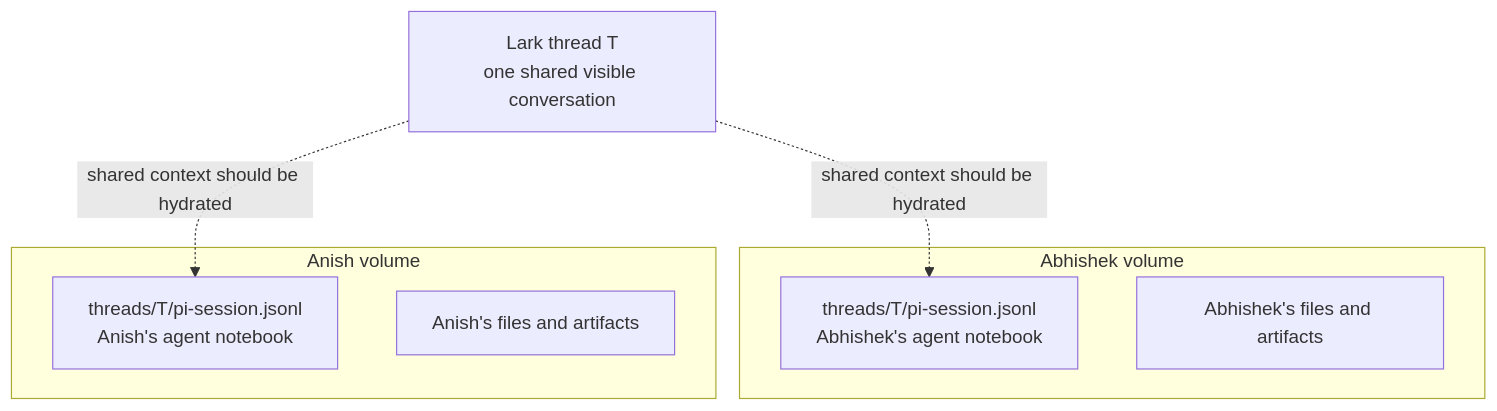
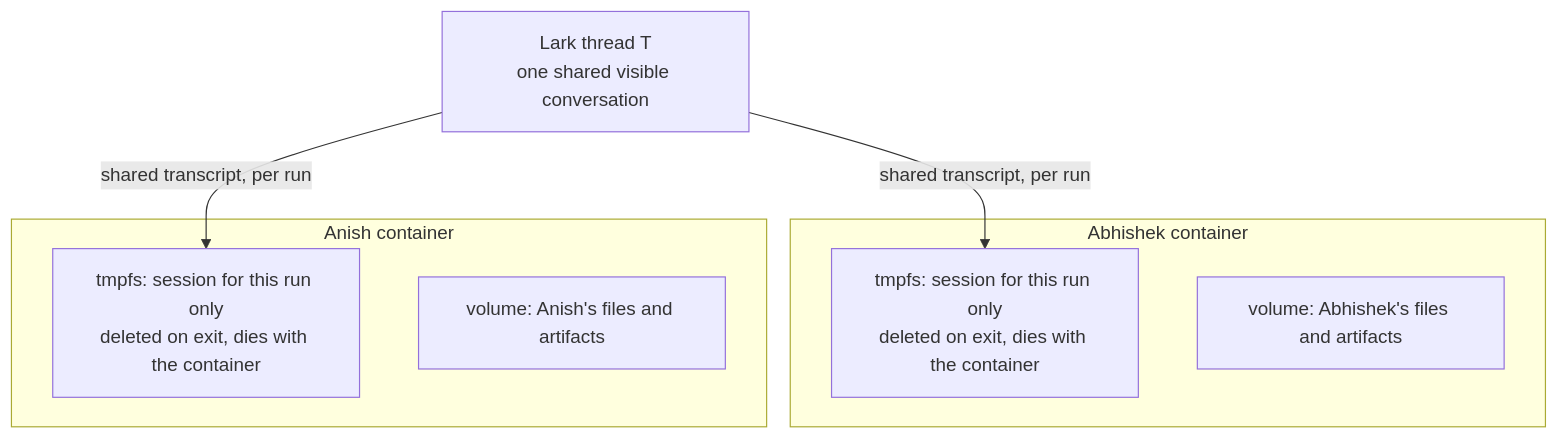
The third of 4 diagrams in plans/cloud-pi-context-and-warm-containers.md (relicwavetechnologies/zoho-automation), drawn with Mermaid before and after one commit. The commit also changed other lines of this file and 15 other files, not shown here.

````diff
--- a/plans/cloud-pi-context-and-warm-containers.md
+++ b/plans/cloud-pi-context-and-warm-containers.md
@@ -100,17 +100,17 @@
 ```mermaid
 flowchart TB
     T["Lark thread T<br/>one shared visible conversation"]
 
-    subgraph AV["Abhishek volume"]
-        AS["threads/T/pi-session.jsonl<br/>Abhishek's agent notebook"]
-        AF["Abhishek's files and artifacts"]
+    subgraph AV["Abhishek container"]
+        AS["tmpfs: session for this run only<br/>deleted on exit, dies with the container"]
+        AF["volume: Abhishek's files and artifacts"]
     end
 
-    subgraph NV["Anish volume"]
-        NS["threads/T/pi-session.jsonl<br/>Anish's agent notebook"]
-        NF["Anish's files and artifacts"]
+    subgraph NV["Anish container"]
+        NS["tmpfs: session for this run only<br/>deleted on exit, dies with the container"]
+        NF["volume: Anish's files and artifacts"]
     end
 
-    T -. "shared context should be hydrated" .-> AS
-    T -. "shared context should be hydrated" .-> NS
+    T -- "shared transcript, per run" --> AS
+    T -- "shared transcript, per run" --> NS
 ```
````
